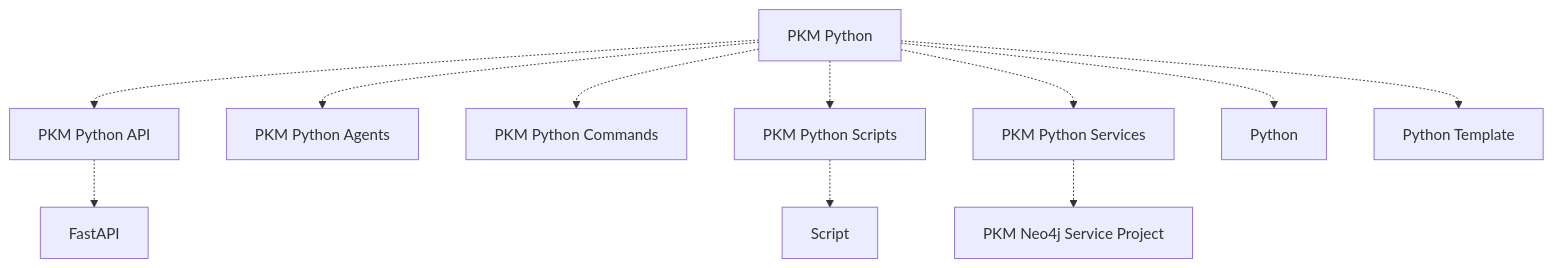
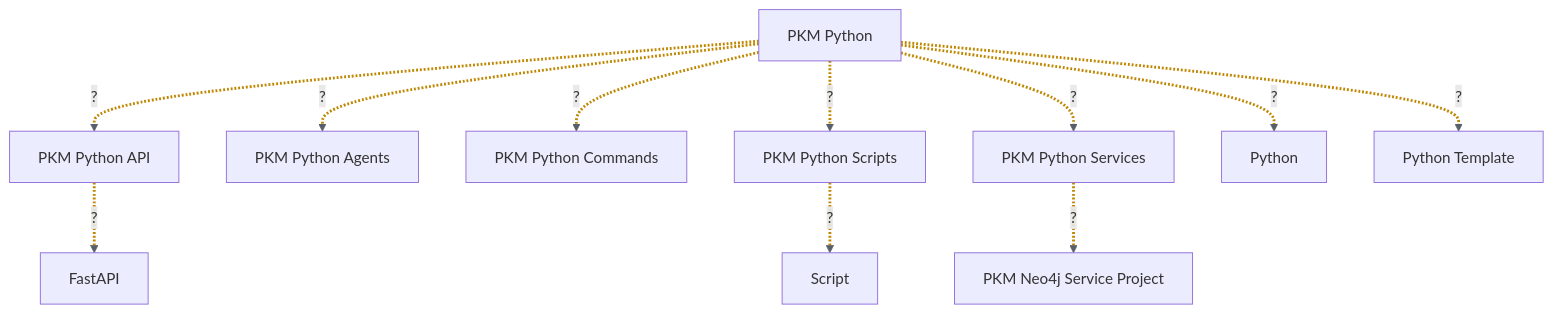
One commit to dpw67/pkm changed the seventh of 9 diagrams in vocab/browse/map.md. Above: the diagram before and after it, drawn with Mermaid. The commit also changed other lines of this file and 3 other files, not shown here.

````diff
--- a/vocab/browse/map.md
+++ b/vocab/browse/map.md
@@ -257,24 +277,26 @@
 ```mermaid
 graph TD
   PKMPython["PKM Python"]
   PKMPythonAPI["PKM Python API"]
-  PKMPython -.-> PKMPythonAPI
+  PKMPython -.->|"?"| PKMPythonAPI
   FastAPI["FastAPI"]
-  PKMPythonAPI -.-> FastAPI
+  PKMPythonAPI -.->|"?"| FastAPI
   PKMPythonAgents["PKM Python Agents"]
-  PKMPython -.-> PKMPythonAgents
+  PKMPython -.->|"?"| PKMPythonAgents
   PKMPythonCommands["PKM Python Commands"]
-  PKMPython -.-> PKMPythonCommands
+  PKMPython -.->|"?"| PKMPythonCommands
   PKMPythonScripts["PKM Python Scripts"]
-  PKMPython -.-> PKMPythonScripts
+  PKMPython -.->|"?"| PKMPythonScripts
   Script["Script"]
-  PKMPythonScripts -.-> Script
+  PKMPythonScripts -.->|"?"| Script
   PKMPythonServices["PKM Python Services"]
-  PKMPython -.-> PKMPythonServices
+  PKMPython -.->|"?"| PKMPythonServices
   PKMNeo4jServiceProject["PKM Neo4j Service Project"]
-  PKMPythonServices -.-> PKMNeo4jServiceProject
+  PKMPythonServices -.->|"?"| PKMNeo4jServiceProject
   Python["Python"]
-  PKMPython -.-> Python
+  PKMPython -.->|"?"| Python
   PythonTemplate["Python Template"]
-  PKMPython -.-> PythonTemplate
+  PKMPython -.->|"?"| PythonTemplate
+  linkStyle default stroke:#57606a,stroke-width:1.5px
+  linkStyle 0,1,2,3,4,5,6,7,8,9 stroke:#bf8700,stroke-width:3px
 ```
````
